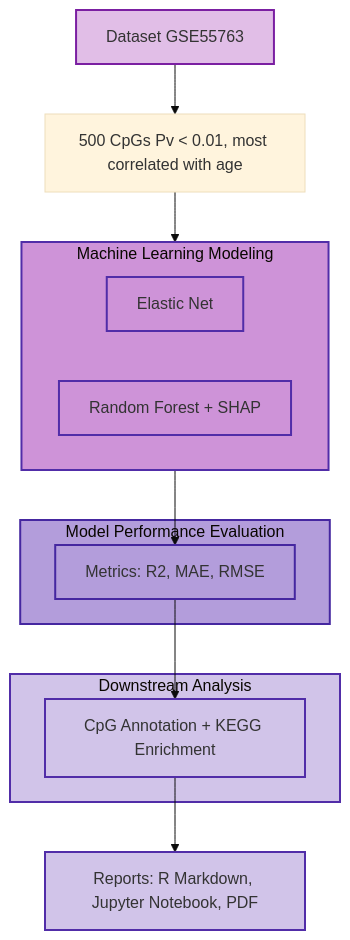
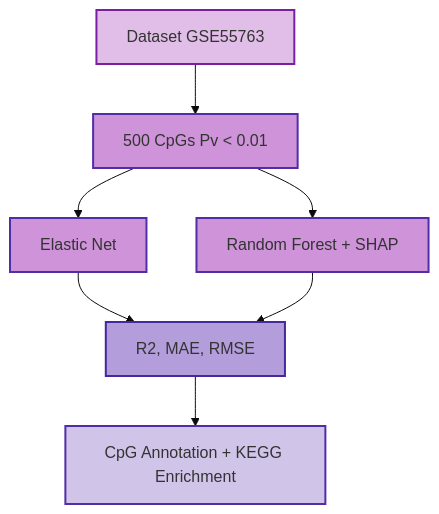
Before and after one commit to Magal88/BINF7700_Capstone_Eisik_Magali: the diagram in README.md, drawn with Mermaid (base theme).

Commit message:
Refactor flowchart in README for clarity

````diff
--- a/README.md
+++ b/README.md
@@ -10,42 +10,28 @@
 ```mermaid
 flowchart TD
     %% Input
-    A[Dataset GSE55763] --> B[500 CpGs Pv &lt; 0.01, most correlated with age]
+    A[Dataset GSE55763] --> B[500 CpGs Pv &lt; 0.01]
 
     %% Machine Learning Modeling
-    subgraph ML [Machine Learning Modeling]
-        C[Elastic Net] 
-        D[Random Forest + SHAP]
-    end
-
-    B --> ML
+    C[Elastic Net] 
+    D[Random Forest + SHAP]
+    B --> C
+    B --> D
 
     %% Model Performance Evaluation
-    subgraph Eval [Model Performance Evaluation]
-        E[Metrics: R2, MAE, RMSE]
-    end
-
-    ML --> E
+    E[R2, MAE, RMSE]
+    C --> E
+    D --> E
 
     %% Downstream Analysis
-    subgraph Downstream [Downstream Analysis]
-        F[CpG Annotation + KEGG Enrichment]
-    end
-
+    F[CpG Annotation + KEGG Enrichment]
     E --> F
-
-    %% Reports
-    G[Reports: R Markdown, Jupyter Notebook, PDF] 
-    F --> G
 
     %% Styles
     style A fill:#e1bee7,stroke:#7b1fa2,stroke-width:2px
-    style ML fill:#ce93d8,stroke:#512da8,stroke-width:2px
+    style B fill:#ce93d8,stroke:#512da8,stroke-width:2px
     style C fill:#ce93d8,stroke:#512da8,stroke-width:2px
     style D fill:#ce93d8,stroke:#512da8,stroke-width:2px
-    style Eval fill:#b39ddb,stroke:#4527a0,stroke-width:2px
     style E fill:#b39ddb,stroke:#4527a0,stroke-width:2px
-    style Downstream fill:#d1c4e9,stroke:#512da8,stroke-width:2px
     style F fill:#d1c4e9,stroke:#512da8,stroke-width:2px
-    style G fill:#d1c4e9,stroke:#512da8,stroke-width:2px
 ```
````
